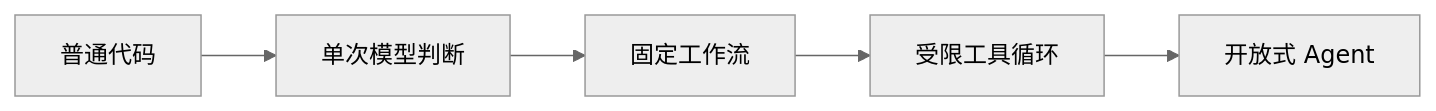
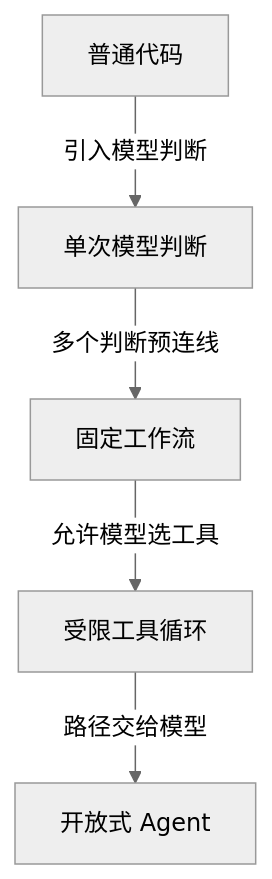
Before and after one commit to hub138/technical-knowledge: the diagram in vault/工程知识/AI 系统工程：从模型能力到生产能力/Agent与工作流/先用工作流，只有路径无法预先枚举时才使用Agent.md, drawn with Mermaid (neutral theme). The commit also changed other lines of this file and 622 other files, not shown here.

````diff
--- a/vault/工程知识/AI 系统工程：从模型能力到生产能力/Agent与工作流/先用工作流，只有路径无法预先枚举时才使用Agent.md
+++ b/vault/工程知识/AI 系统工程：从模型能力到生产能力/Agent与工作流/先用工作流，只有路径无法预先枚举时才使用Agent.md
@@ -49,7 +76,7 @@
 ```mermaid
-flowchart LR
-    A[普通代码] --> B[单次模型判断]
-    B --> C[固定工作流]
-    C --> D[受限工具循环]
-    D --> E[开放式 Agent]
+flowchart TD
+    A[普通代码] -->|引入模型判断| B[单次模型判断]
+    B -->|多个判断预连线| C[固定工作流]
+    C -->|允许模型选工具| D[受限工具循环]
+    D -->|路径交给模型| E[开放式 Agent]
 ```
````
